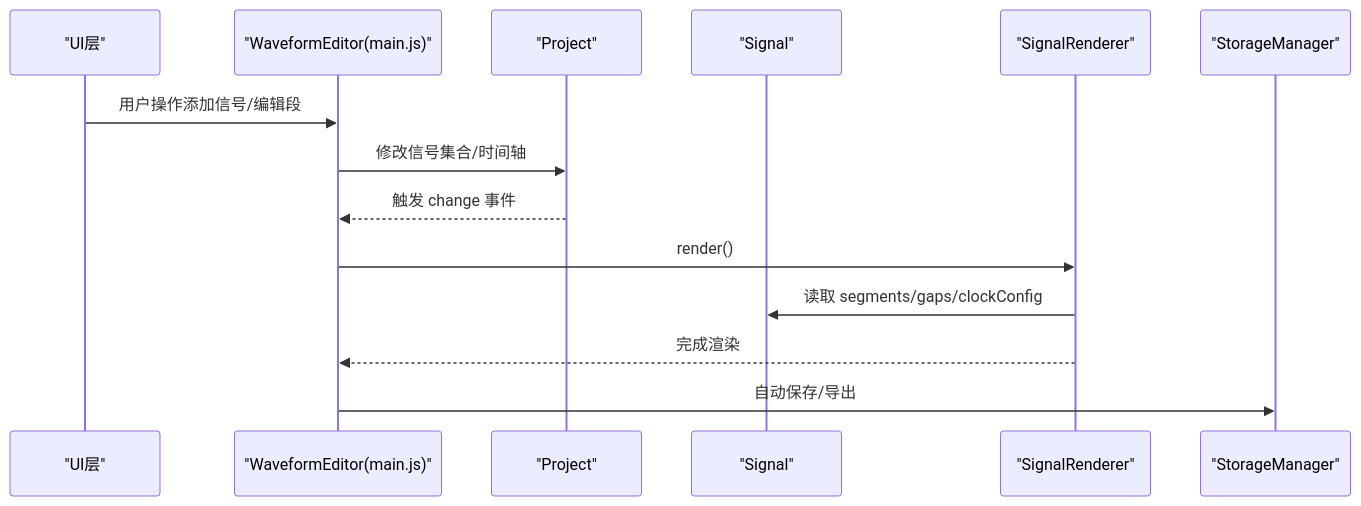
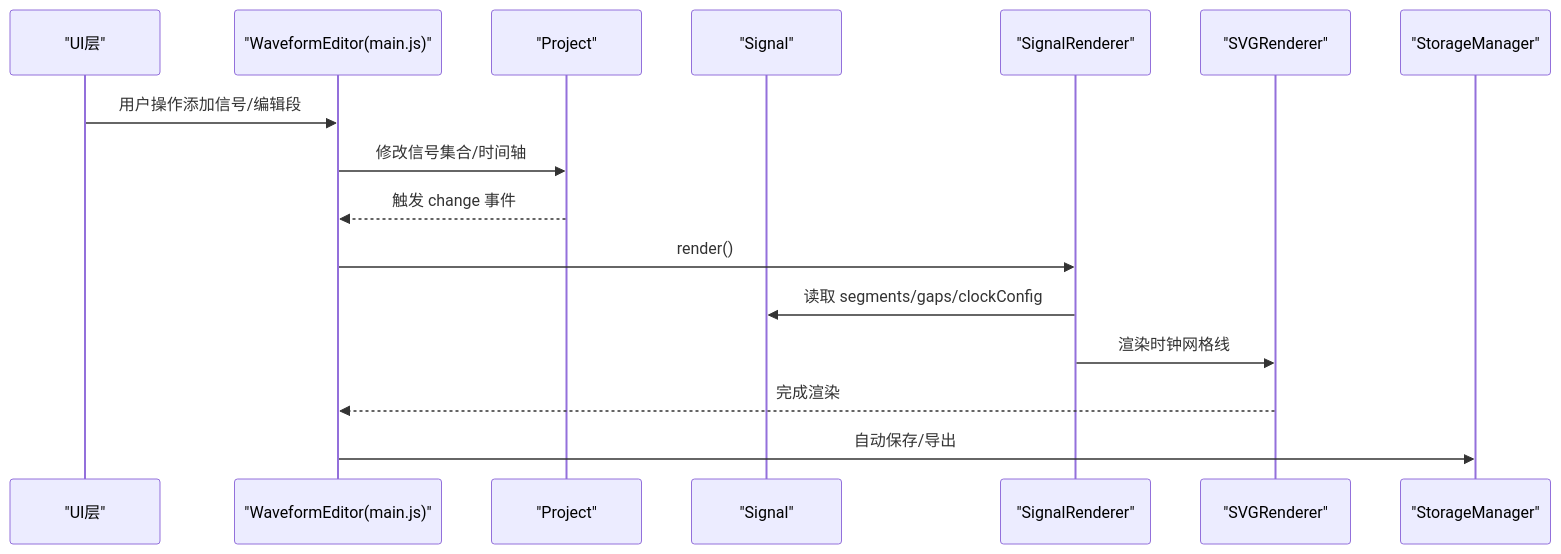
The second of 8 diagrams in .qoder/repowiki/zh/content/数据模型系统/信号模型 (Signal).md (nht123456/waveform-editor), drawn with Mermaid before and after one commit. The commit also changed other lines of this file and 12 other files, not shown here.

````diff
--- a/.qoder/repowiki/zh/content/数据模型系统/信号模型 (Signal).md
+++ b/.qoder/repowiki/zh/content/数据模型系统/信号模型 (Signal).md
@@ -127,16 +148,18 @@
 ```mermaid
 sequenceDiagram
 participant UI as "UI层"
 participant Editor as "WaveformEditor(main.js)"
 participant Project as "Project"
 participant Signal as "Signal"
 participant Renderer as "SignalRenderer"
+participant SVGRenderer as "SVGRenderer"
 participant Store as "StorageManager"
 UI->>Editor : 用户操作添加信号/编辑段
 Editor->>Project : 修改信号集合/时间轴
 Project-->>Editor : 触发 change 事件
 Editor->>Renderer : render()
 Renderer->>Signal : 读取 segments/gaps/clockConfig
-Renderer-->>Editor : 完成渲染
+Renderer->>SVGRenderer : 渲染时钟网格线
+SVGRenderer-->>Editor : 完成渲染
 Editor->>Store : 自动保存/导出
 ```
````
